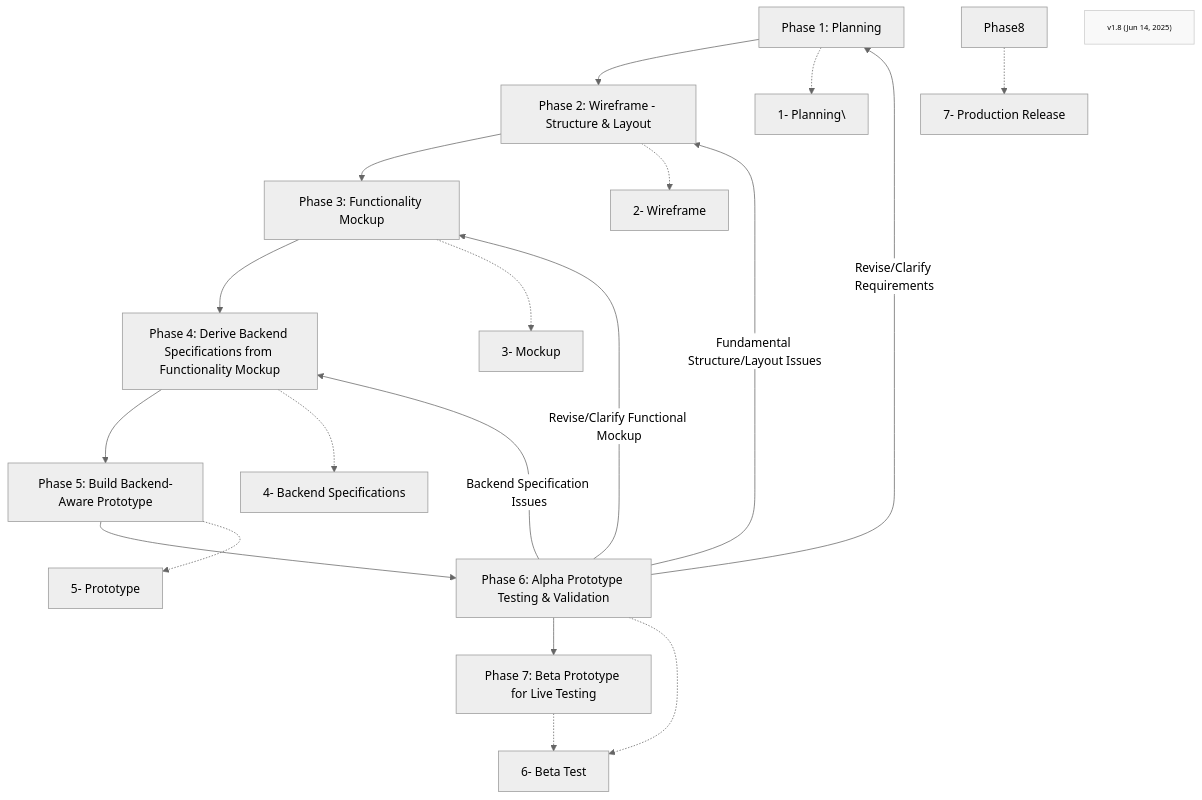
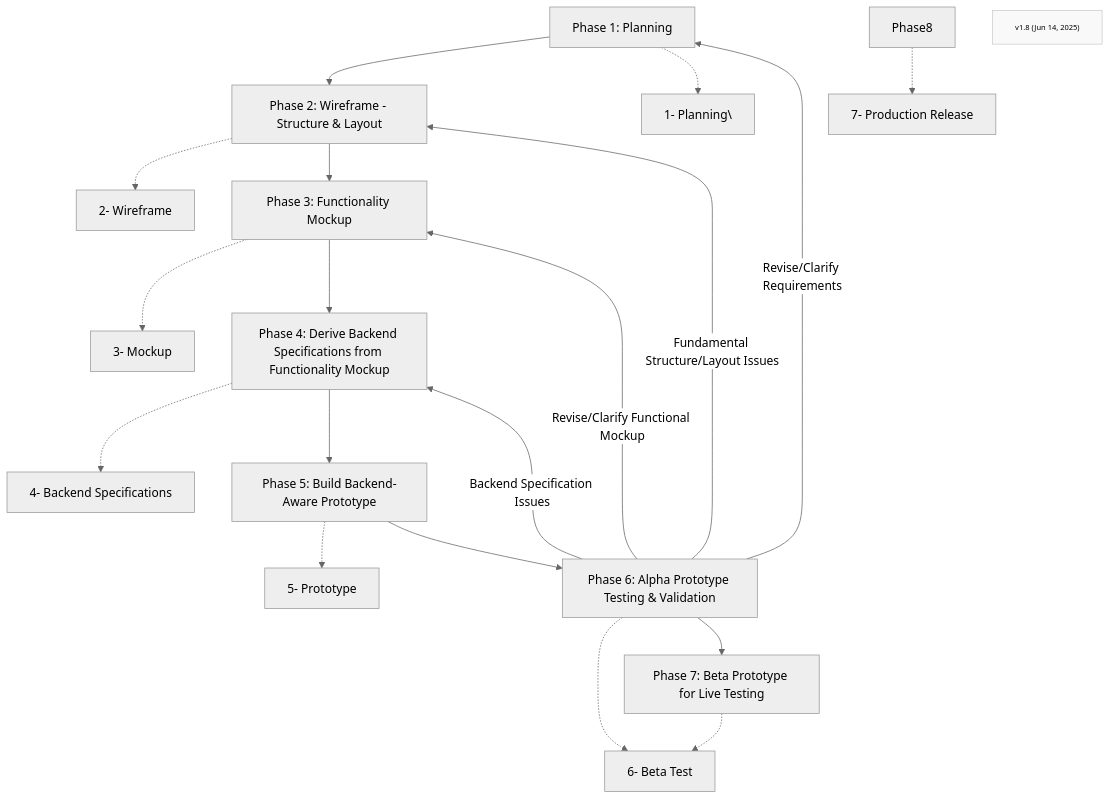
The first of 2 diagrams in Phases/FF-overview.md (Mharbulous/Front-First-Method), drawn with Mermaid (neutral theme) before and after one commit.

````diff
--- a/Phases/FF-overview.md
+++ b/Phases/FF-overview.md
@@ -1,31 +1,34 @@
 ```mermaid
 graph TD
     Phase1["Phase 1: Planning"] --> Phase2["Phase 2: Wireframe - Structure & Layout"]
     Phase1 -.-> PRD["1- Planning\"]
+    Phase2 -.-> Wireframe["2- Wireframe"]
     Phase2 --> Phase3["Phase 3: Functionality Mockup"]
+    Phase3 -.-> Mockup["3- Mockup"]
     Phase3 --> Phase4["Phase 4: Derive Backend Specifications from Functionality Mockup"]
+    Phase4 -.-> Specs["4- Backend Specifications"]
     Phase4 --> Phase5["Phase 5: Build Backend-Aware Prototype"]
+    Phase5 -.-> Prototype["5- Prototype"]
     Phase5 --> Phase6["Phase 6: Alpha Prototype Testing & Validation"]
-    Phase6 --> Phase7["Phase 7: Beta Prototype for Live Testing"]
-    
+    Phase6 -.-> Alpha["5- Alpha Test"]
+    Phase6 --> Phase7["Phase 7: Beta Prototype for Live Testing"]    
     Phase6 -->|Revise/Clarify Requirements| Phase1
     Phase6 -->|Fundamental Structure/Layout Issues| Phase2
     Phase6 -->|Revise/Clarify Functional Mockup| Phase3
     Phase6 -->|Backend Specification Issues| Phase4    
+    Phase7 -.-> Alpha["6- Beta Test"]
+    
+        
+    
 
+    
 
         
-        Phase2 -.-> Wireframe["2- Wireframe"]
-        Phase3 -.-> Mockup["3- Mockup"]
-        Phase4 -.-> Specs["4- Backend Specifications"]
-        Phase5 -.-> Prototype["5- Prototype"]
-        Phase6 -.-> Alpha["5- Alpha Test"]
-        Phase7 -.-> Alpha["6- Beta Test"]
         Phase8 -.-> Production["7- Production Release"]
 
        
 
     VersionInfo["v1.8 (Jun 14, 2025)"]
     classDef version fill:#f9f9f9,stroke:#ccc,font-size:10px;
     class VersionInfo version
 ```
````
